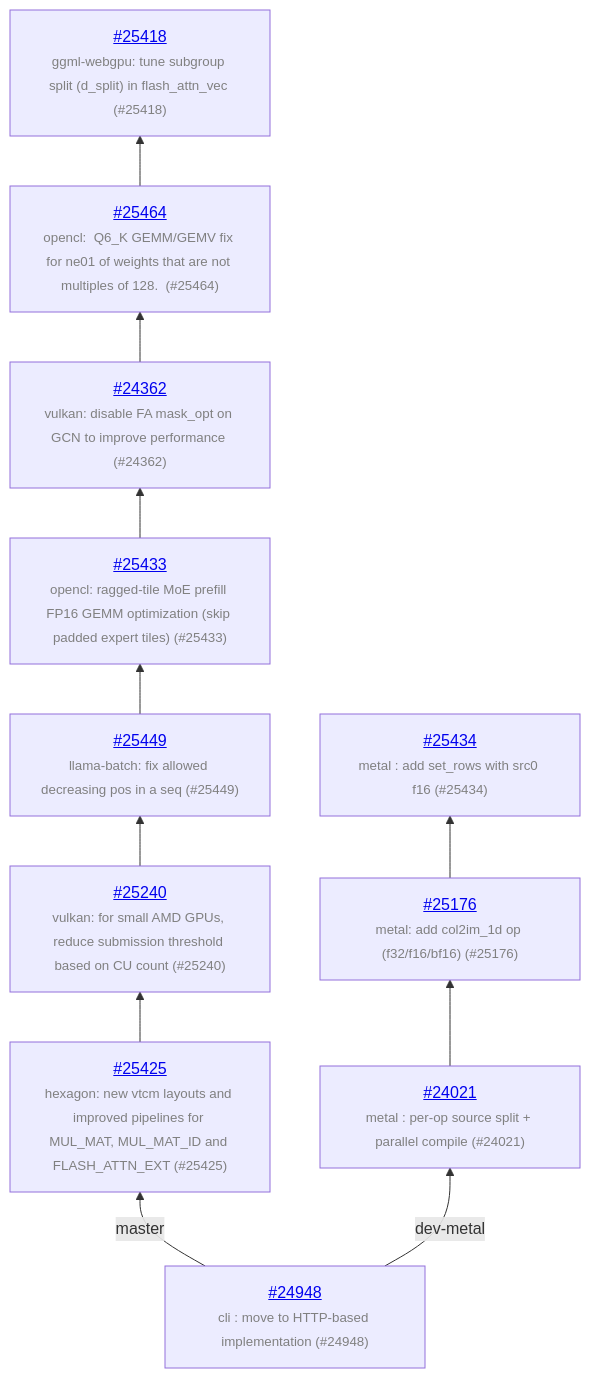
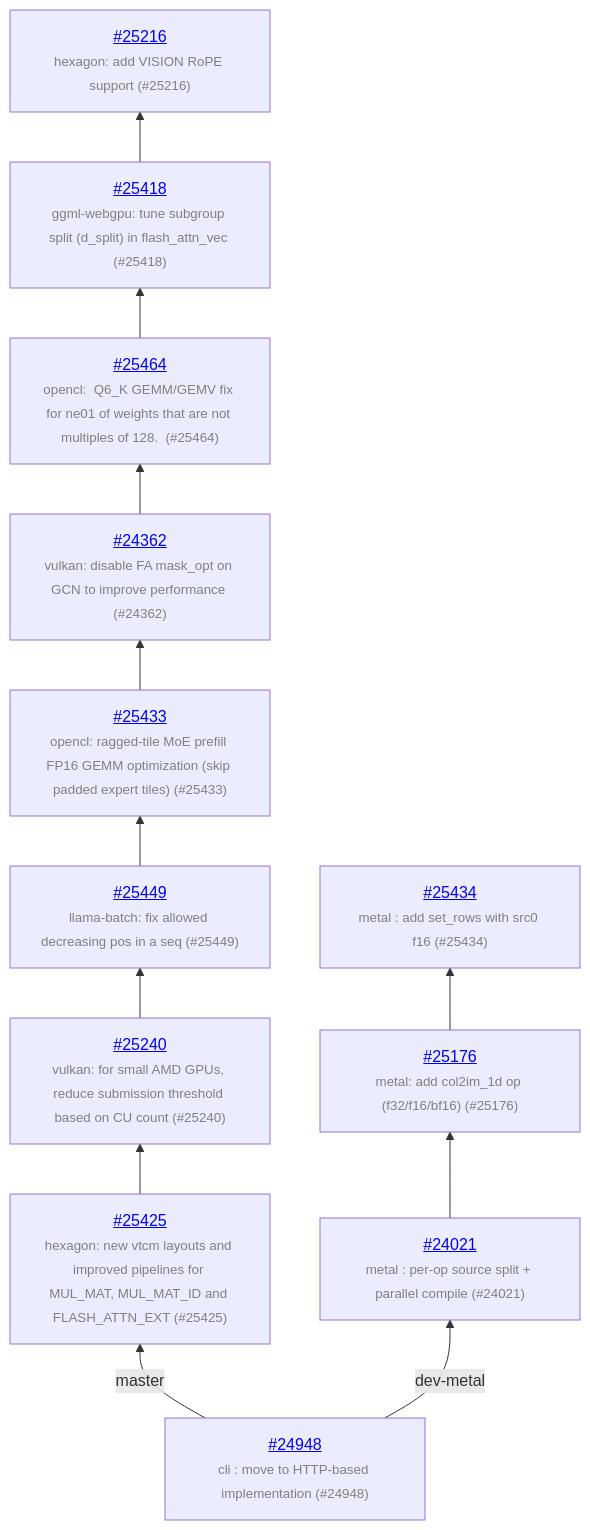
Before and after one commit to ggml-org/llama.cpp-dev: the diagram in README.md, drawn with Mermaid. The commit also changed other lines of this file and 1 other file, not shown here.

Commit message:
auto: update

````diff
--- a/README.md
+++ b/README.md
@@ -13,24 +13,26 @@
 ```mermaid
 graph BT
     COMMON["<a href='https://github.com/ggml-org/llama.cpp/pull/24948'>#24948</a><br/><span style='font-size:smaller;color:gray'>cli : move to HTTP-based implementation (#24948)</span>"]
     COMMON -->|master| C_81ff7ab
     C_81ff7ab["<a href='https://github.com/ggml-org/llama.cpp/pull/25425'>#25425</a><br/><span style='font-size:smaller;color:gray'>hexagon: new vtcm layouts and improved pipelines for MUL_MAT, MUL_MAT_ID and FLASH_ATTN_EXT (#25425)</span>"]
     C_81ff7ab --> C_0bbc87b
     C_0bbc87b["<a href='https://github.com/ggml-org/llama.cpp/pull/25240'>#25240</a><br/><span style='font-size:smaller;color:gray'>vulkan: for small AMD GPUs, reduce submission threshold based on CU count (#25240)</span>"]
     C_0bbc87b --> C_1ee0939
     C_1ee0939["<a href='https://github.com/ggml-org/llama.cpp/pull/25449'>#25449</a><br/><span style='font-size:smaller;color:gray'>llama-batch: fix allowed decreasing pos in a seq (#25449)</span>"]
     C_1ee0939 --> C_167d057
     C_167d057["<a href='https://github.com/ggml-org/llama.cpp/pull/25433'>#25433</a><br/><span style='font-size:smaller;color:gray'>opencl: ragged-tile MoE prefill FP16 GEMM optimization (skip padded expert tiles) (#25433)</span>"]
     C_167d057 --> C_a646006
     C_a646006["<a href='https://github.com/ggml-org/llama.cpp/pull/24362'>#24362</a><br/><span style='font-size:smaller;color:gray'>vulkan: disable FA mask_opt on GCN to improve performance (#24362)</span>"]
     C_a646006 --> C_92366df
     C_92366df["<a href='https://github.com/ggml-org/llama.cpp/pull/25464'>#25464</a><br/><span style='font-size:smaller;color:gray'>opencl:  Q6_K GEMM/GEMV fix for ne01 of weights that are not multiples of 128.  (#25464)</span>"]
     C_92366df --> C_32e41fa
     C_32e41fa["<a href='https://github.com/ggml-org/llama.cpp/pull/25418'>#25418</a><br/><span style='font-size:smaller;color:gray'>ggml-webgpu: tune subgroup split (d_split) in flash_attn_vec (#25418)</span>"]
+    C_32e41fa --> C_f2d1c2f
+    C_f2d1c2f["<a href='https://github.com/ggml-org/llama.cpp/pull/25216'>#25216</a><br/><span style='font-size:smaller;color:gray'>hexagon: add VISION RoPE support (#25216)</span>"]
     COMMON -->|dev-metal| C_5dca9f3
     C_5dca9f3["<a href='https://github.com/ggml-org/llama.cpp/pull/24021'>#24021</a><br/><span style='font-size:smaller;color:gray'>metal : per-op source split + parallel compile (#24021)</span>"]
     C_5dca9f3 --> C_400d4bf
     C_400d4bf["<a href='https://github.com/ggml-org/llama.cpp/pull/25176'>#25176</a><br/><span style='font-size:smaller;color:gray'>metal: add col2im_1d op (f32/f16/bf16) (#25176)</span>"]
     C_400d4bf --> C_8cb1ad5
     C_8cb1ad5["<a href='https://github.com/ggml-org/llama.cpp/pull/25434'>#25434</a><br/><span style='font-size:smaller;color:gray'>metal : add set_rows with src0 f16 (#25434)</span>"]
 ```
````
